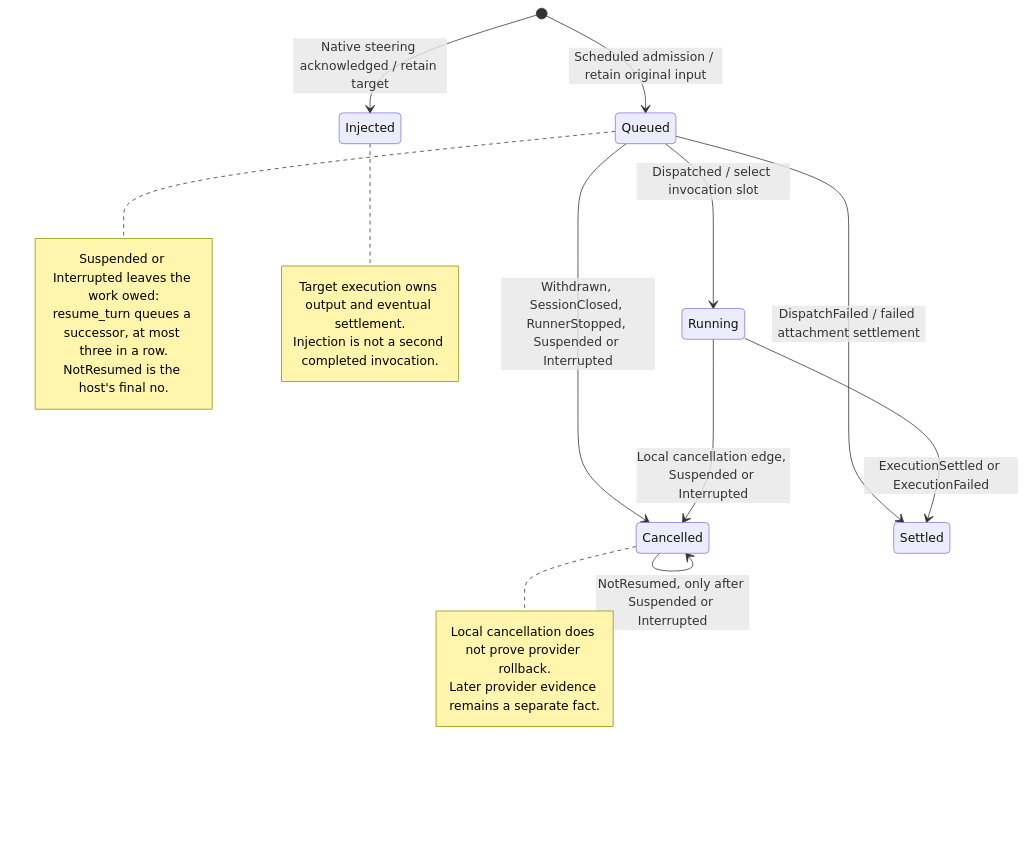
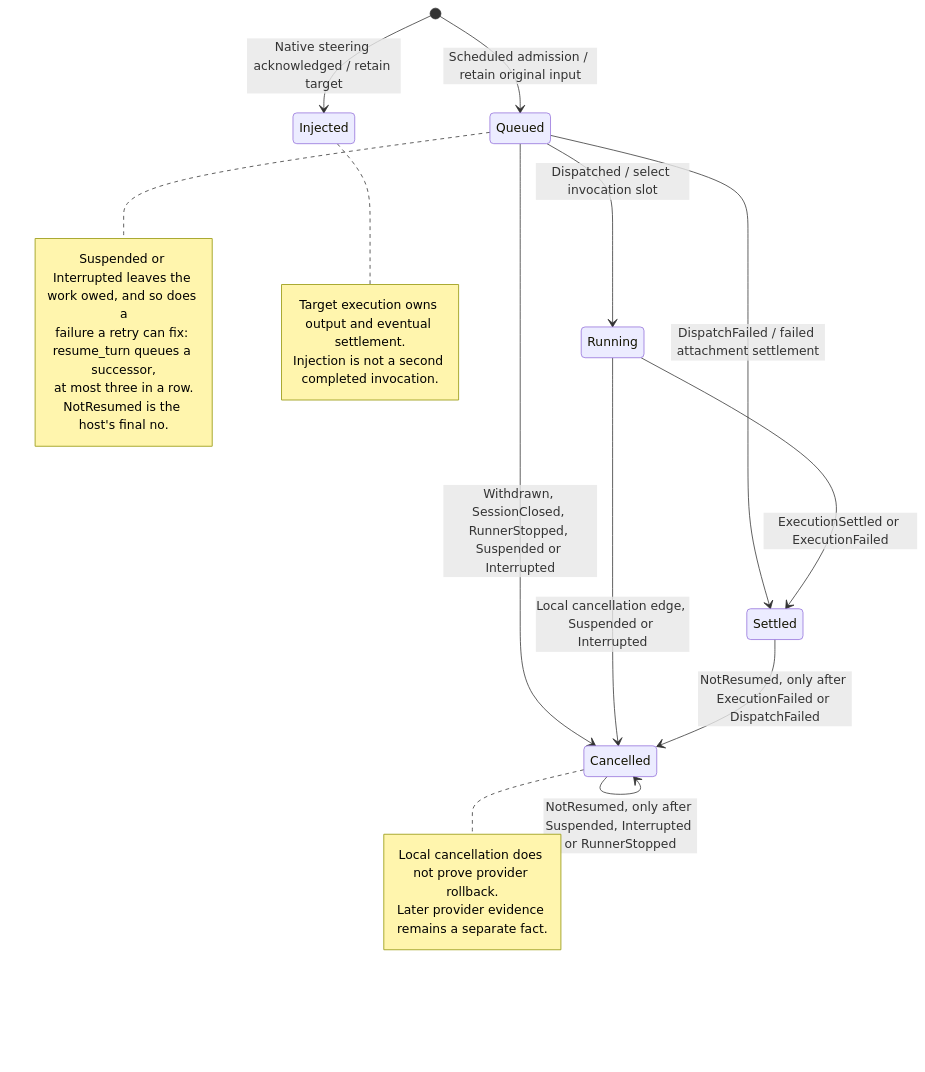
One commit to nessalabs/nessa-agent changed the diagram in docs/state/services/sdk/scheduling.md. Above: the diagram before and after it, drawn with Mermaid. The commit also changed other lines of this file and 23 other files, not shown here.

First line of the commit message:
Retry turns a provider failure ended, with backoff

````diff
--- a/docs/state/services/sdk/scheduling.md
+++ b/docs/state/services/sdk/scheduling.md
@@ -23,24 +23,26 @@
 ```mermaid
 stateDiagram-v2
     [*] --> Queued: Scheduled admission / retain original input
     Queued --> Running: Dispatched / select invocation slot
     Queued --> Cancelled: Withdrawn, SessionClosed, RunnerStopped, Suspended or Interrupted
     Queued --> Settled: DispatchFailed / failed attachment settlement
     Running --> Settled: ExecutionSettled or ExecutionFailed
     Running --> Cancelled: Local cancellation edge, Suspended or Interrupted
-    Cancelled --> Cancelled: NotResumed, only after Suspended or Interrupted
+    Cancelled --> Cancelled: NotResumed, only after Suspended, Interrupted or RunnerStopped
+    Settled --> Cancelled: NotResumed, only after ExecutionFailed or DispatchFailed
     note right of Queued
-        Suspended or Interrupted leaves the work owed:
-        resume_turn queues a successor, at most three in a row.
+        Suspended or Interrupted leaves the work owed, and so does a
+        failure a retry can fix: resume_turn queues a successor,
+        at most three in a row.
         NotResumed is the host's final no.
     end note
     [*] --> Injected: Native steering acknowledged / retain target
     note right of Injected
         Target execution owns output and eventual settlement.
         Injection is not a second completed invocation.
     end note
     note right of Cancelled
         Local cancellation does not prove provider rollback.
         Later provider evidence remains a separate fact.
     end note
 ```
````
